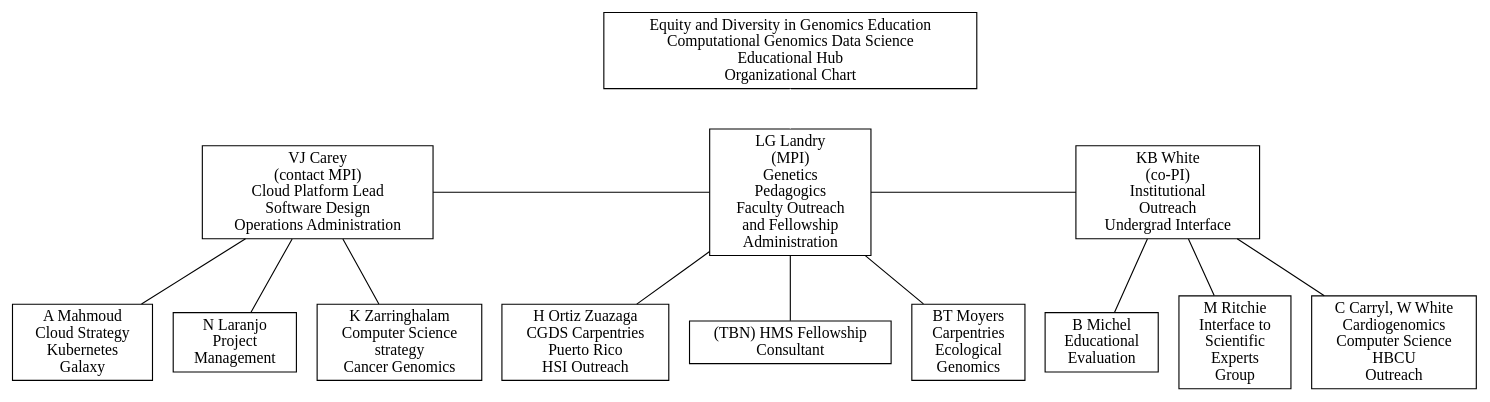
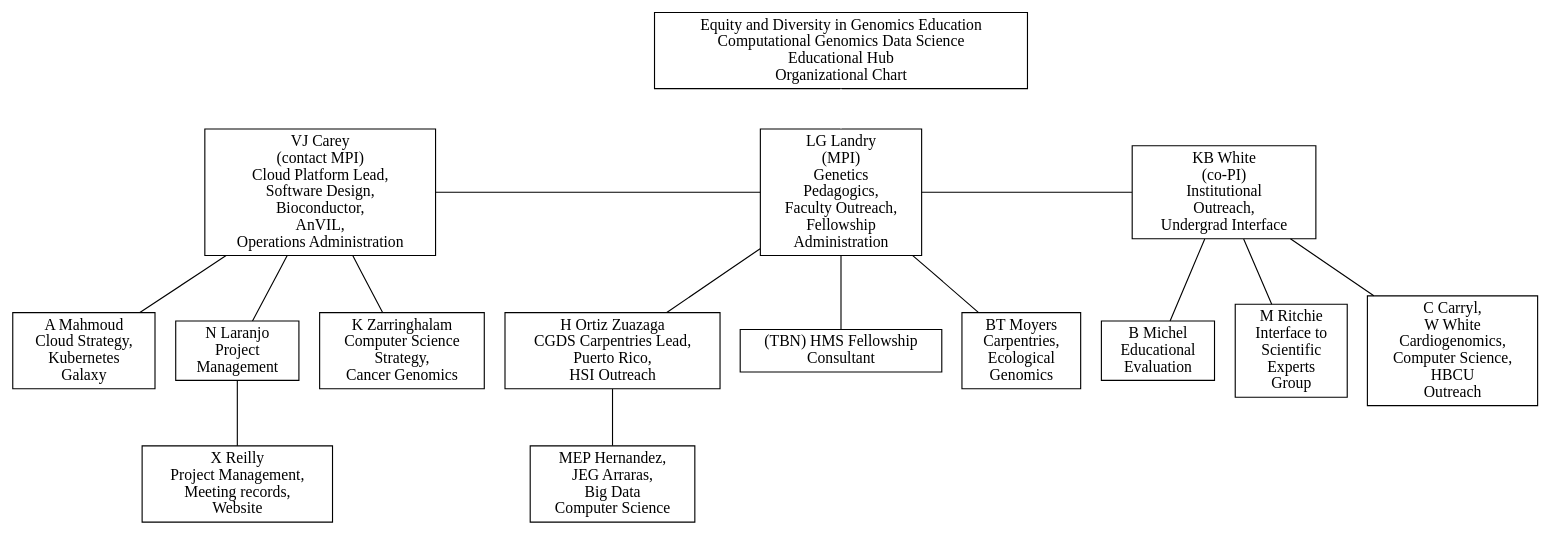
Before and after one commit to vjcitn/orgcharts: the diagram in edge.dot, drawn with Graphviz.

```diff
--- a/edge.dot
+++ b/edge.dot
@@ -1,31 +1,36 @@
 
 
 graph edgehub {
         node [shape=box];
         d -- e -- f;
         a -- e [color="white"];
         d -- g;
 	d -- h;
 	d -- i;
         e -- j;
 	e -- k;
 	e -- l;
         f -- m;
 	f -- n;
 	f -- o;
+        h -- p;
+        j -- q;
 	a [label = "Equity and Diversity in Genomics Education\nComputational Genomics Data Science\nEducational Hub\nOrganizational Chart"];
-	d [label = "VJ Carey\n(contact MPI)\nCloud Platform Lead\nSoftware Design\nOperations Administration"];
-	e [label = "LG Landry\n(MPI)\nGenetics\nPedagogics\nFaculty Outreach \nand Fellowship\nAdministration"];
-	f [label = "KB White\n(co-PI)\nInstitutional\nOutreach\nUndergrad Interface"];
-        g [label = "A Mahmoud\nCloud Strategy\nKubernetes\nGalaxy"];
+	d [label = "VJ Carey\n(contact MPI)\nCloud Platform Lead,\nSoftware Design,\nBioconductor,\nAnVIL,\nOperations Administration"];
+	e [label = "LG Landry\n(MPI)\nGenetics\nPedagogics,\nFaculty Outreach,\nFellowship\nAdministration"];
+	f [label = "KB White\n(co-PI)\nInstitutional\nOutreach,\nUndergrad Interface"];
+        g [label = "A Mahmoud\nCloud Strategy,\nKubernetes\nGalaxy"];
         h [label = "N Laranjo\nProject\nManagement"];
-        i [label = "K Zarringhalam\nComputer Science\nstrategy\nCancer Genomics"];
-        j [label = "H Ortiz Zuazaga\nCGDS Carpentries\nPuerto Rico\nHSI Outreach"];
+        i [label = "K Zarringhalam\nComputer Science\nStrategy,\nCancer Genomics"];
+        j [label = "H Ortiz Zuazaga\nCGDS Carpentries Lead,\nPuerto Rico,\nHSI Outreach"];
         k [label = "(TBN) HMS Fellowship\nConsultant"];
-        l [label = "BT Moyers\nCarpentries\nEcological\nGenomics"];
+        l [label = "BT Moyers\nCarpentries,\nEcological\nGenomics"];
         m [label = "B Michel\nEducational\nEvaluation"];
         n [label = "M Ritchie\nInterface to\nScientific\nExperts\nGroup"];
-        o [label = "C Carryl, W White\nCardiogenomics\nComputer Science\nHBCU\nOutreach"];
+        o [label = "C Carryl,\nW White\nCardiogenomics,\nComputer Science,\nHBCU\nOutreach"];
+        p [label = "X Reilly\nProject Management,\nMeeting records,\nWebsite"];
+        q [label = "MEP Hernandez,\nJEG Arraras,\nBig Data\nComputer Science"];
 {rank=same; d e f}
 {rank=same; g h i j k l m n o}
+{rank=same; p q}
 }
```
